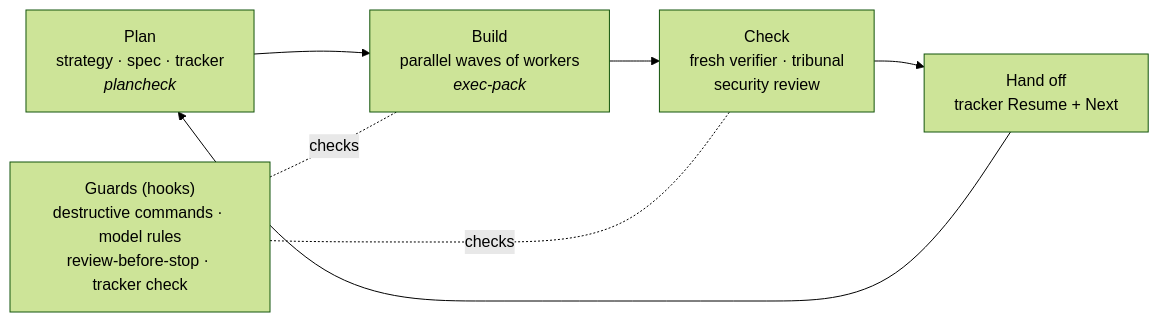
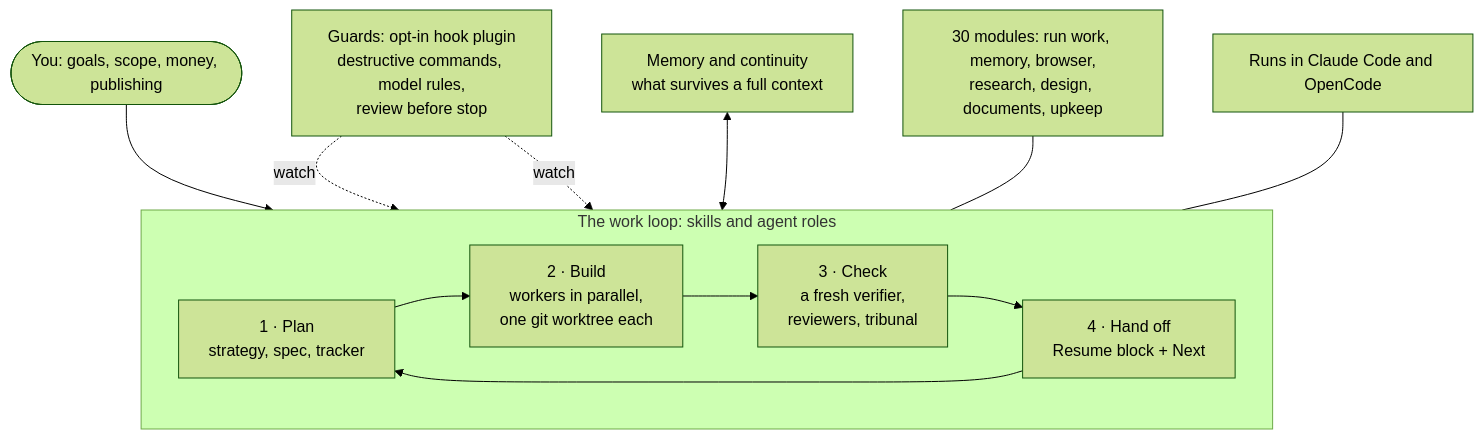
Before and after one commit to nik110403/ai-architecture: the diagram in README.md, drawn with Mermaid (forest theme). The commit also changed other lines of this file and 10 other files, not shown here.

Commit message:
Publish AI Architecture Collection 0.5.1-preview

````diff
--- a/README.md
+++ b/README.md
@@ -18,9 +31,16 @@
 ```mermaid
-flowchart LR
-  P["Plan<br/>strategy · spec · tracker<br/><i>plancheck</i>"] --> B["Build<br/>parallel waves of workers<br/><i>exec-pack</i>"]
-  B --> C["Check<br/>fresh verifier · tribunal<br/>security review"]
-  C --> H["Hand off<br/>tracker Resume + Next"]
-  H --> P
-  G["Guards (hooks)<br/>destructive commands · model rules<br/>review-before-stop · tracker check"] -. checks .- B
-  G -. checks .- C
+flowchart TB
+  you(["You: goals, scope, money, publishing"]) --> plan
+  subgraph loop ["The work loop: skills and agent roles"]
+    direction LR
+    plan["1 · Plan<br/>strategy, spec, tracker"] --> build["2 · Build<br/>workers in parallel,<br/>one git worktree each"]
+    build --> check["3 · Check<br/>a fresh verifier,<br/>reviewers, tribunal"]
+    check --> hand["4 · Hand off<br/>Resume block + Next"]
+    hand --> plan
+  end
+  guards["Guards: opt-in hook plugin<br/>destructive commands, model rules,<br/>review before stop"] -. watch .-> build
+  guards -. watch .-> check
+  memory["Memory and continuity<br/>what survives a full context"] <--> hand
+  modules["30 modules: run work, memory, browser,<br/>research, design, documents, upkeep"] --- loop
+  harness["Runs in Claude Code and OpenCode"] --- loop
 ```
````
